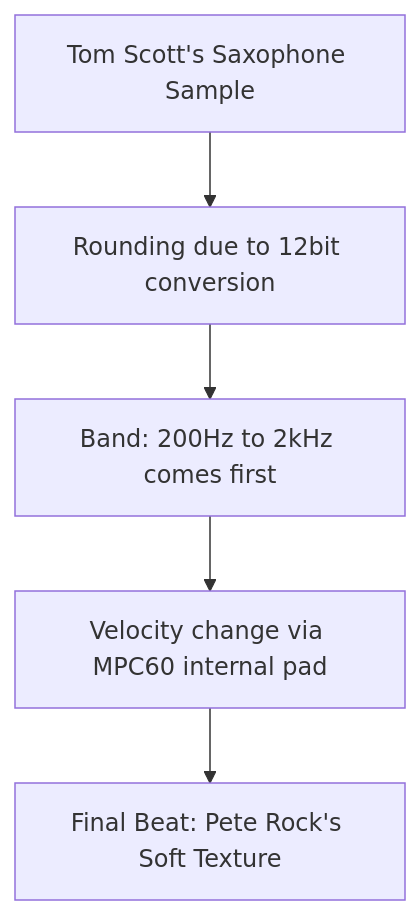
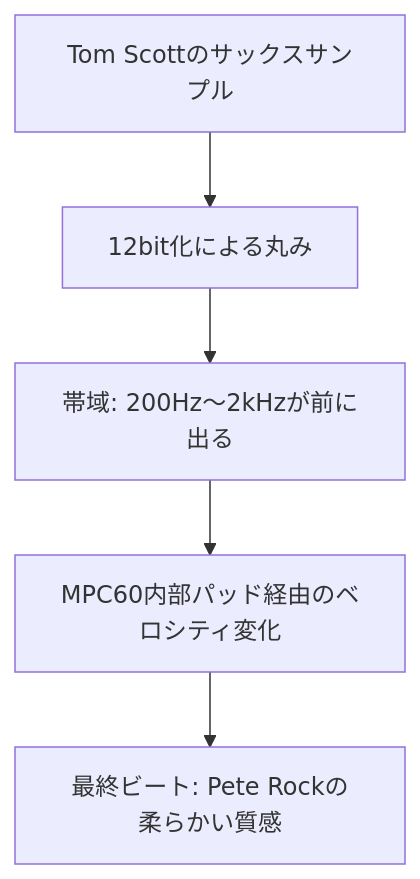
Diagram 12 of 21 in en/_posts/2025-11-20-column-akai-mpc-60-emu-sp1200.md (monumental-movement/monumental-movement.github.io), drawn with Mermaid before and after one commit. The commit also changed other lines of this file and 2196 other files, not shown here.

```diff
--- a/en/_posts/2025-11-20-column-akai-mpc-60-emu-sp1200.md
+++ b/en/_posts/2025-11-20-column-akai-mpc-60-emu-sp1200.md
@@ -394,9 +394,9 @@
 <div class="mermaid">
     
 flowchart TD
-    A["Tom Scott's Saxophone Sample"] --> B["Rounding due to 12bit conversion"]
-    B --> C["Band: 200Hz to 2kHz comes first"]
-    C --> D["Velocity change via MPC60 internal pad"]
-    D --> E["Final Beat: Pete Rock's Soft Texture"]
+    A["Tom Scottのサックスサンプル"] --> B["12bit化による丸み"]
+    B --> C["帯域: 200Hz〜2kHzが前に出る"]
+    C --> D["MPC60内部パッド経由のベロシティ変化"]
+    D --> E["最終ビート: Pete Rockの柔らかい質感"]
 
 </div> 
```
